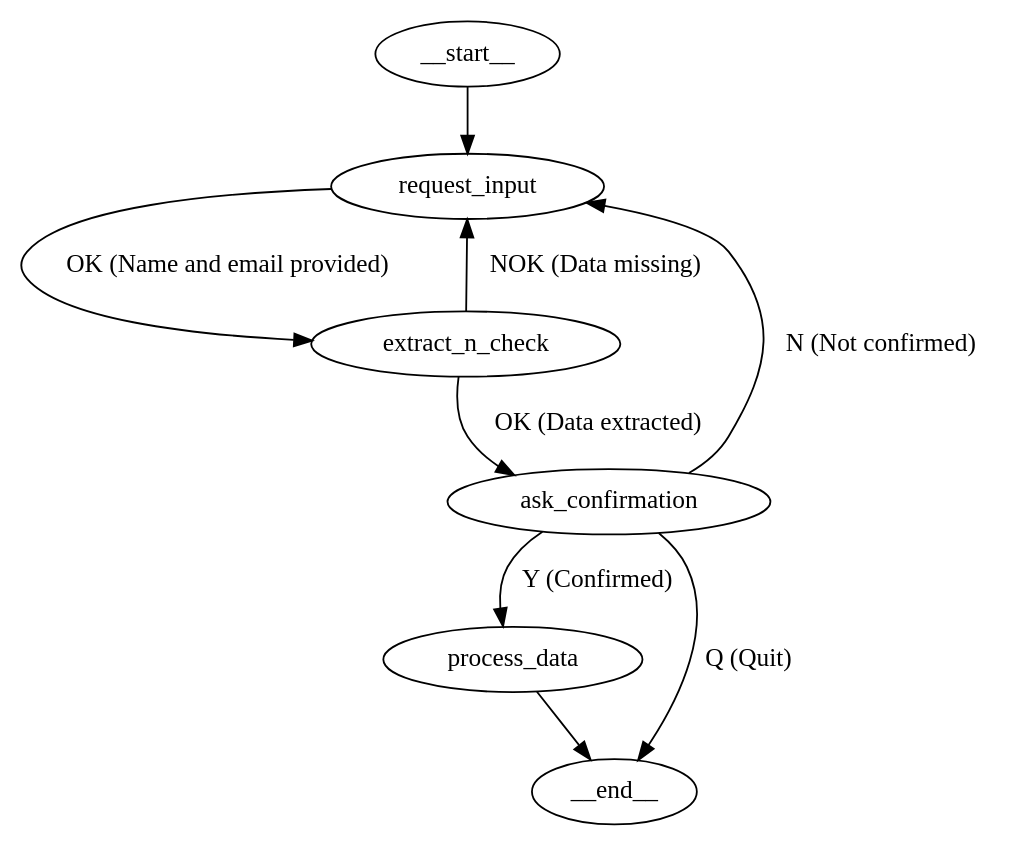
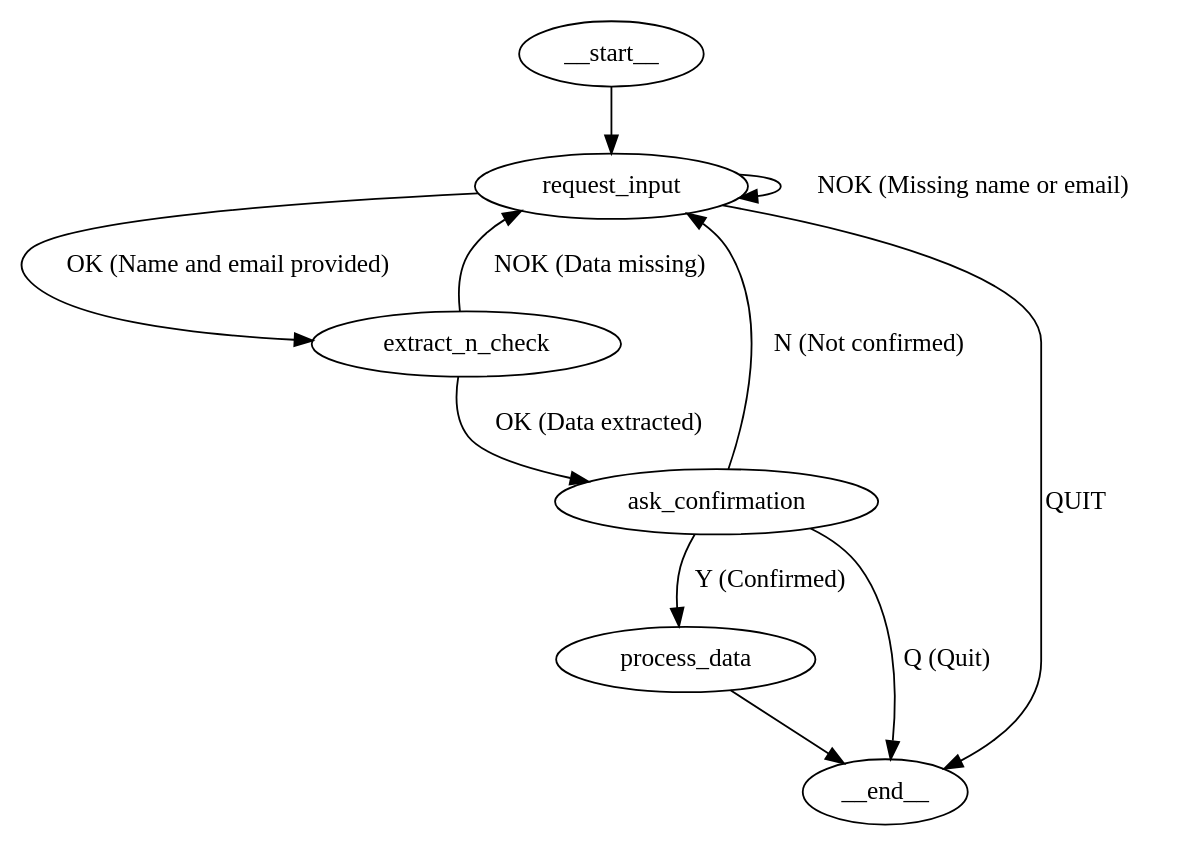
One commit to petarkabashki/workflow-automator changed the diagram in workflow.dot. Above: the diagram before and after it, drawn with Graphviz.

Commit message:
fix: Enable missing input handling and quit

```diff
--- a/workflow.dot
+++ b/workflow.dot
@@ -1,13 +1,13 @@
 strict digraph {
     __start__ -> request_input;
     request_input -> extract_n_check[label="OK (Name and email provided)"];
-    // request_input -> request_input[label="NOK (Missing name or email)"];
-    // request_input -> __end__[label="QUIT"]
+    request_input -> request_input[label="NOK (Missing name or email)"];
+    request_input -> __end__[label="QUIT"];
 
     extract_n_check -> request_input[label="NOK (Data missing)"];
     extract_n_check -> ask_confirmation[label="OK (Data extracted)"];
     ask_confirmation -> process_data[label="Y (Confirmed)"];
     ask_confirmation -> request_input[label="N (Not confirmed)"];
     ask_confirmation -> __end__[label="Q (Quit)"];
     process_data -> __end__;
 }
```
